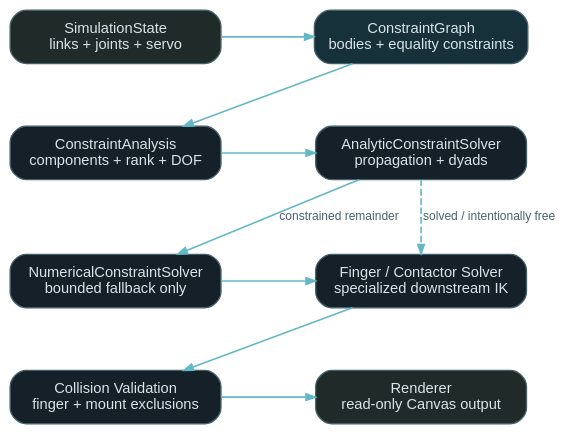
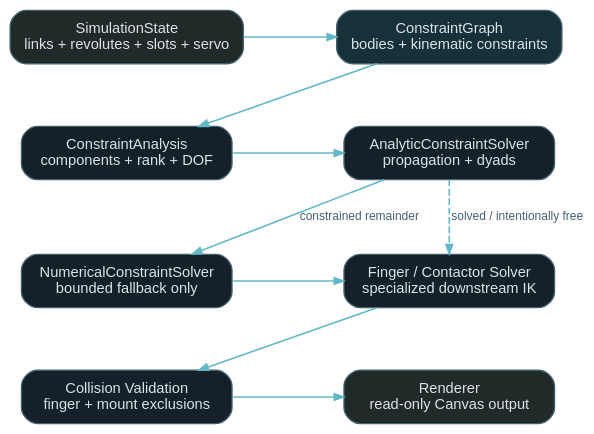
The diagram in docs/architecture.dot (Neuro-Mechatronics-Interfaces/LinkageSimulator), drawn with Graphviz before and after one commit. The commit also changed 8 other files, not shown here.

```diff
--- a/docs/architecture.dot
+++ b/docs/architecture.dot
@@ -1,46 +1,46 @@
 digraph LinkageSimulatorArchitecture {
   graph [
     rankdir=TB,
     bgcolor="transparent",
     pad="0.22",
     nodesep="0.48",
     ranksep="0.62",
     splines=polyline
   ];
   node [
     shape=box,
     style="rounded,filled",
     fontname="Arial",
     fontsize=11,
     color="#45616d",
     fontcolor="#d9e4e8",
     fillcolor="#152028",
     margin="0.16,0.11",
     width=2.2
   ];
   edge [color="#63b8c8", fontname="Arial", fontsize=9, fontcolor="#45616d", arrowsize=0.7, penwidth=1.2];
 
-  state [label="SimulationState\nlinks + joints + servo", fillcolor="#202b29"];
-  constraint_graph [label="ConstraintGraph\nbodies + equality constraints", fillcolor="#17313a"];
+  state [label="SimulationState\nlinks + revolutes + slots + servo", fillcolor="#202b29"];
+  constraint_graph [label="ConstraintGraph\nbodies + kinematic constraints", fillcolor="#17313a"];
   analysis [label="ConstraintAnalysis\ncomponents + rank + DOF"];
   analytic [label="AnalyticConstraintSolver\npropagation + dyads"];
   numerical [label="NumericalConstraintSolver\nbounded fallback only"];
   contact [label="Finger / Contactor Solver\nspecialized downstream IK"];
   collision [label="Collision Validation\nfinger + mount exclusions"];
   renderer [label="Renderer\nread-only Canvas output", fillcolor="#202b29"];
 
   state -> constraint_graph [constraint=false];
   constraint_graph -> analysis [constraint=false];
   analysis -> analytic [constraint=false];
   analytic -> numerical [constraint=false, label="constrained remainder"];
   analytic -> contact [style=dashed, weight=20, label="solved / intentionally free"];
   numerical -> contact [constraint=false];
   contact -> collision [constraint=false];
   collision -> renderer [constraint=false];
 
   state -> analysis [style=invis, weight=20];
   analysis -> numerical [style=invis, weight=20];
   numerical -> collision [style=invis, weight=20];
   constraint_graph -> analytic [style=invis, weight=20];
   contact -> renderer [style=invis, weight=20];
 }
```
